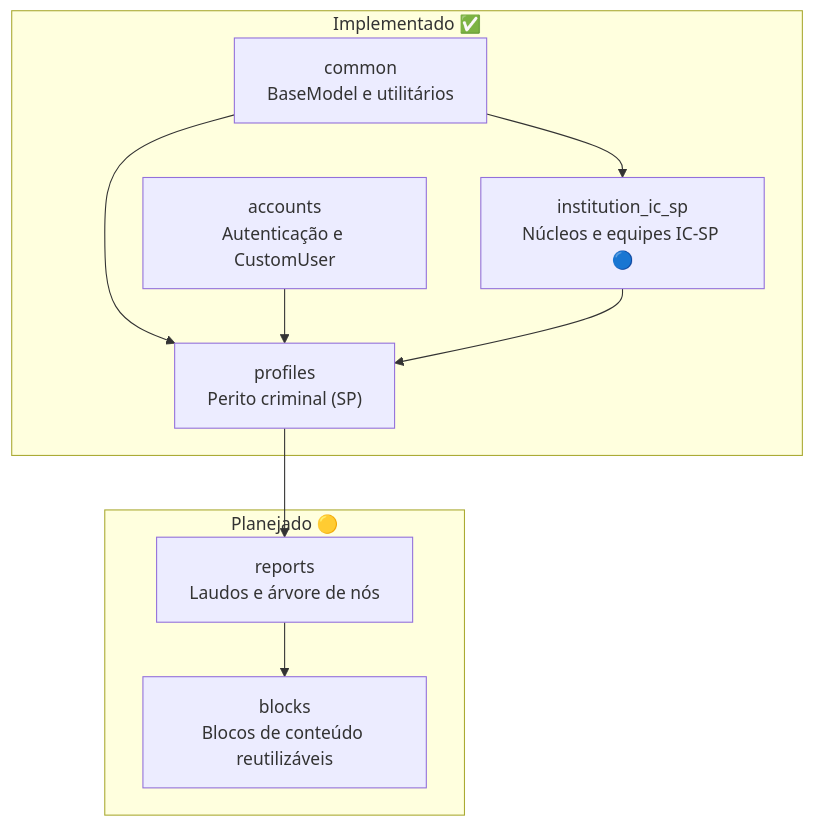
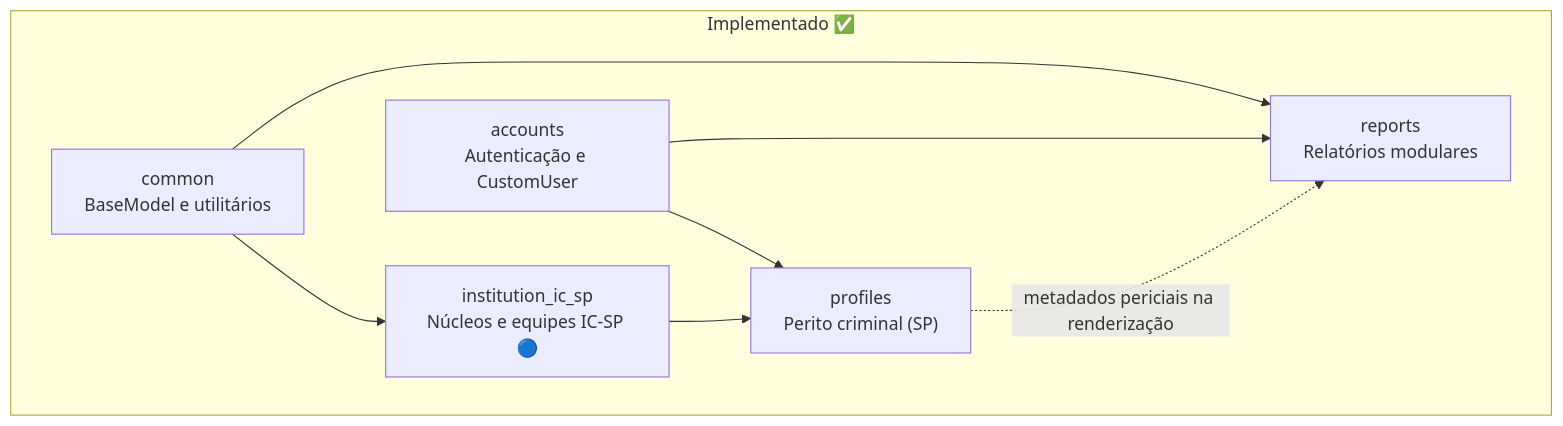
The first of 2 diagrams in docs/architecture/03-apps-map.md (PeritoCriminal/reportline), drawn with Mermaid before and after one commit. The commit also changed other lines of this file and 33 other files, not shown here.

First line of the commit message:
feat(reports): implementar app de relatórios modulares

````diff
--- a/docs/architecture/03-apps-map.md
+++ b/docs/architecture/03-apps-map.md
@@ -8,21 +8,17 @@
 ```mermaid
 flowchart TB
     subgraph implemented ["Implementado ✅"]
         common["common<br/>BaseModel e utilitários"]
         accounts["accounts<br/>Autenticação e CustomUser"]
         institution_ic_sp["institution_ic_sp<br/>Núcleos e equipes IC-SP 🔵"]
         profiles["profiles<br/>Perito criminal (SP)"]
-    end
-
-    subgraph planned ["Planejado 🟡"]
-        reports["reports<br/>Laudos e árvore de nós"]
-        blocks["blocks<br/>Blocos de conteúdo reutilizáveis"]
+        reports["reports<br/>Relatórios modulares"]
     end
 
     common --> institution_ic_sp
-    common --> profiles
+    common --> reports
     accounts --> profiles
+    accounts --> reports
     institution_ic_sp --> profiles
-    profiles --> reports
-    reports --> blocks
+    profiles -.->|"metadados periciais na renderização"| reports
 ```
````
